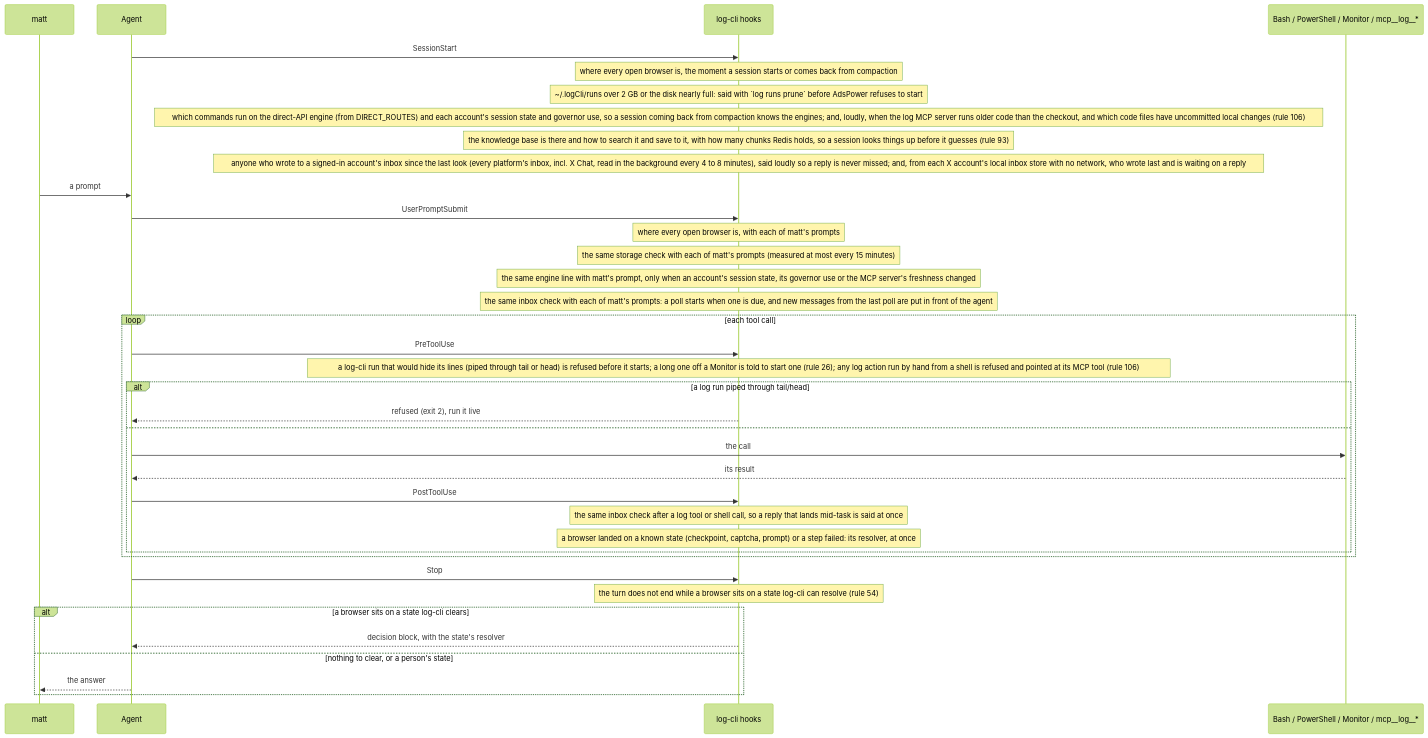
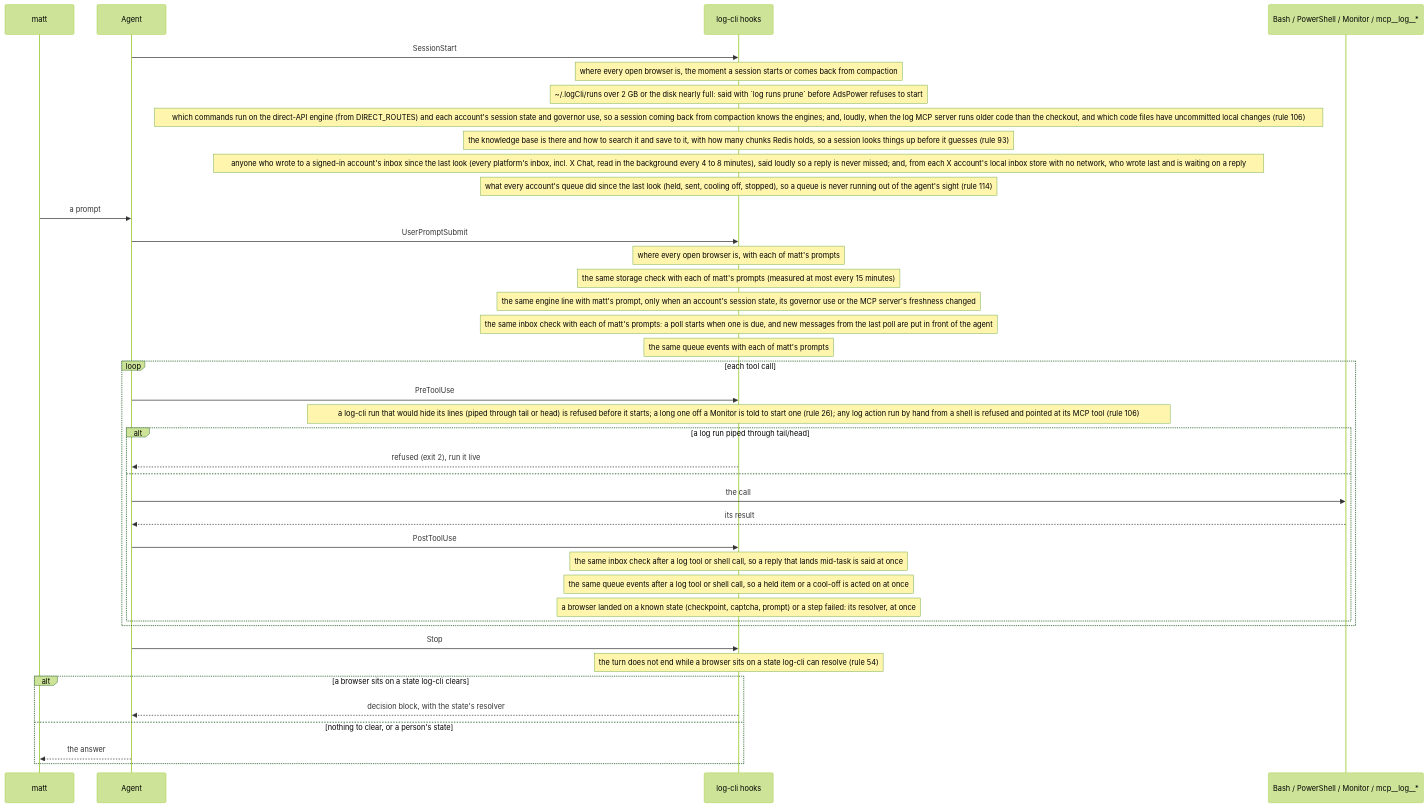
Before and after one commit to matthewdonsemail-lab/log: the fifth of 6 diagrams in docs/reference.md, drawn with Mermaid (forest theme). The commit also changed other lines of this file and 15 other files, not shown here.

Commit message:
feat: the queue's events reach the agent's context through a hook (rule 114)

````diff
--- a/docs/reference.md
+++ b/docs/reference.md
@@ -619,39 +625,42 @@
 ```mermaid
 sequenceDiagram
   participant matt
   participant Agent
   participant Hook as log-cli hooks
   participant Tool as Bash / PowerShell / Monitor / mcp__log__*
   Agent->>Hook: SessionStart
   Note over Hook: where every open browser is, the moment a session starts or comes back from compaction
   Note over Hook: ~/.logCli/runs over 2 GB or the disk nearly full: said with `log runs prune` before AdsPower refuses to start
   Note over Hook: which commands run on the direct-API engine (from DIRECT_ROUTES) and each account's session state and governor use, so a session coming back from compaction knows the engines#59; and, loudly, when the log MCP server runs older code than the checkout, and which code files have uncommitted local changes (rule 106)
   Note over Hook: the knowledge base is there and how to search it and save to it, with how many chunks Redis holds, so a session looks things up before it guesses (rule 93)
   Note over Hook: anyone who wrote to a signed-in account's inbox since the last look (every platform's inbox, incl. X Chat, read in the background every 4 to 8 minutes), said loudly so a reply is never missed#59; and, from each X account's local inbox store with no network, who wrote last and is waiting on a reply
+  Note over Hook: what every account's queue did since the last look (held, sent, cooling off, stopped), so a queue is never running out of the agent's sight (rule 114)
   matt->>Agent: a prompt
   Agent->>Hook: UserPromptSubmit
   Note over Hook: where every open browser is, with each of matt's prompts
   Note over Hook: the same storage check with each of matt's prompts (measured at most every 15 minutes)
   Note over Hook: the same engine line with matt's prompt, only when an account's session state, its governor use or the MCP server's freshness changed
   Note over Hook: the same inbox check with each of matt's prompts: a poll starts when one is due, and new messages from the last poll are put in front of the agent
+  Note over Hook: the same queue events with each of matt's prompts
   loop each tool call
     Agent->>Hook: PreToolUse
     Note over Hook: a log-cli run that would hide its lines (piped through tail or head) is refused before it starts#59; a long one off a Monitor is told to start one (rule 26)#59; any log action run by hand from a shell is refused and pointed at its MCP tool (rule 106)
     alt a log run piped through tail/head
       Hook-->>Agent: refused (exit 2), run it live
     else
       Agent->>Tool: the call
       Tool-->>Agent: its result
       Agent->>Hook: PostToolUse
     Note over Hook: the same inbox check after a log tool or shell call, so a reply that lands mid-task is said at once
+    Note over Hook: the same queue events after a log tool or shell call, so a held item or a cool-off is acted on at once
     Note over Hook: a browser landed on a known state (checkpoint, captcha, prompt) or a step failed: its resolver, at once
     end
   end
   Agent->>Hook: Stop
   Note over Hook: the turn does not end while a browser sits on a state log-cli can resolve (rule 54)
   alt a browser sits on a state log-cli clears
     Hook-->>Agent: decision block, with the state's resolver
   else nothing to clear, or a person's state
     Agent-->>matt: the answer
   end
 ```
````
